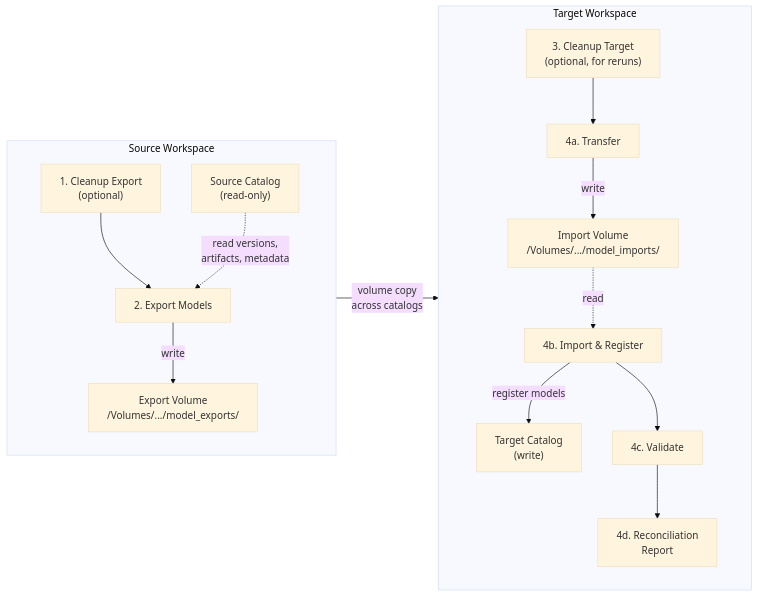
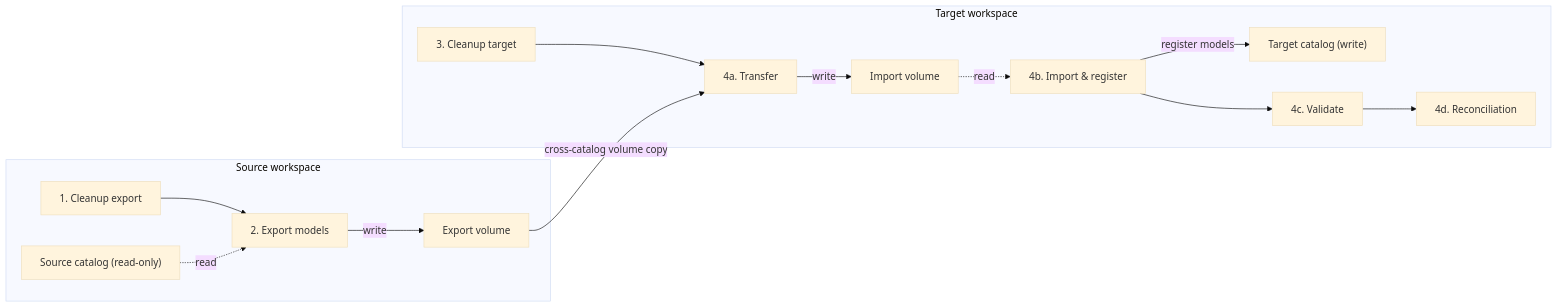
Before and after one commit to archana986/databricks-dashboard-migration: the diagram in model-migration/README.md, drawn with Mermaid (base theme). The commit also changed other lines of this file and 20 other files, not shown here.

````diff
--- a/model-migration/README.md
+++ b/model-migration/README.md
@@ -7,32 +33,30 @@
 ```mermaid
 flowchart LR
-    subgraph SourceWorkspace["Source Workspace"]
-        direction TB
-        SC["Source Catalog\n(read-only)"]
-        EV["Export Volume\n/Volumes/.../model_exports/"]
-        S1["1. Cleanup Export\n(optional)"]
-        S2["2. Export Models"]
+    subgraph SourceWorkspace["Source workspace"]
+        SC["Source catalog (read-only)"]
+        EV["Export volume"]
+        S1["1. Cleanup export"]
+        S2["2. Export models"]
         S1 --> S2
-        SC -.->|"read versions,\nartifacts, metadata"| S2
-        S2 -->|"write"| EV
+        SC -.->|read| S2
+        S2 -->|write| EV
     end
 
-    subgraph TargetWorkspace["Target Workspace"]
-        direction TB
-        IV["Import Volume\n/Volumes/.../model_imports/"]
-        TC["Target Catalog\n(write)"]
-        T1["3. Cleanup Target\n(optional, for reruns)"]
+    subgraph TargetWorkspace["Target workspace"]
+        IV["Import volume"]
+        TC["Target catalog (write)"]
+        T1["3. Cleanup target"]
         T2["4a. Transfer"]
-        T3["4b. Import & Register"]
+        T3["4b. Import & register"]
         T4["4c. Validate"]
-        T5["4d. Reconciliation\nReport"]
+        T5["4d. Reconciliation"]
         T1 --> T2
-        T2 -->|"write"| IV
-        IV -.->|"read"| T3
-        T3 -->|"register models"| TC
+        T2 -->|write| IV
+        IV -.->|read| T3
+        T3 -->|register models| TC
         T3 --> T4
         T4 --> T5
     end
 
-    EV -->|"volume copy\nacross catalogs"| T2
+    EV -->|cross-catalog volume copy| T2
 ```
````
